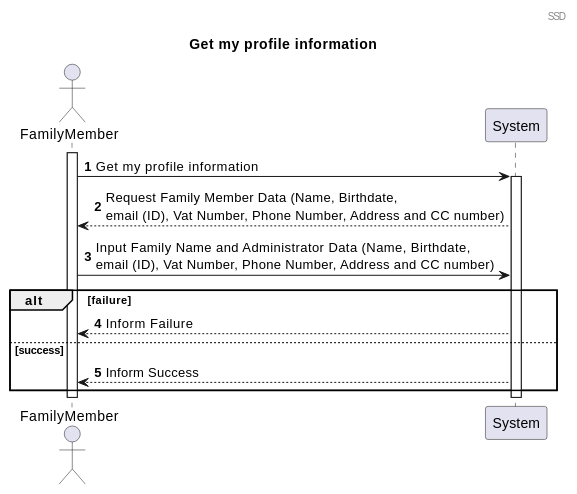
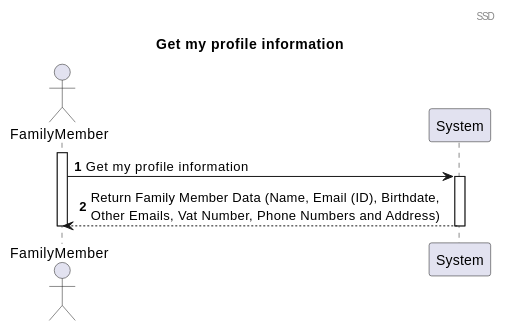
One commit to tomas-osswald/switch_2020_g3 changed the first of 5 diagrams in docs/sprint3/user_stories/US150_GetFamilyMemberProfileV2.md. Above: the diagram before and after it, drawn with PlantUML. The commit also changed other lines of this file, not shown here.

````diff
--- a/docs/sprint3/user_stories/US150_GetFamilyMemberProfileV2.md
+++ b/docs/sprint3/user_stories/US150_GetFamilyMemberProfileV2.md
@@ -43,22 +53,17 @@
 ```plantuml
 @startuml
 
 header SSD
 title Get my profile information
 autonumber
 actor "FamilyMember" as Actor
 participant "System" as System
 activate Actor
 Actor -> System : Get my profile information
 activate System
-System --> Actor : Request Family Member Data (Name, Birthdate, \nemail (ID), Vat Number, Phone Number, Address and CC number)  
-Actor -> System : Input Family Name and Administrator Data (Name, Birthdate, \nemail (ID), Vat Number, Phone Number, Address and CC number)
-alt failure
-System --> Actor : Inform Failure
-else success 
-System --> Actor : Inform Success
-end
+System --> Actor : Return Family Member Data (Name, Email (ID), Birthdate, \nOther Emails, Vat Number, Phone Numbers and Address)  
 deactivate System
 deactivate Actor
+
 @enduml
 ```
````
